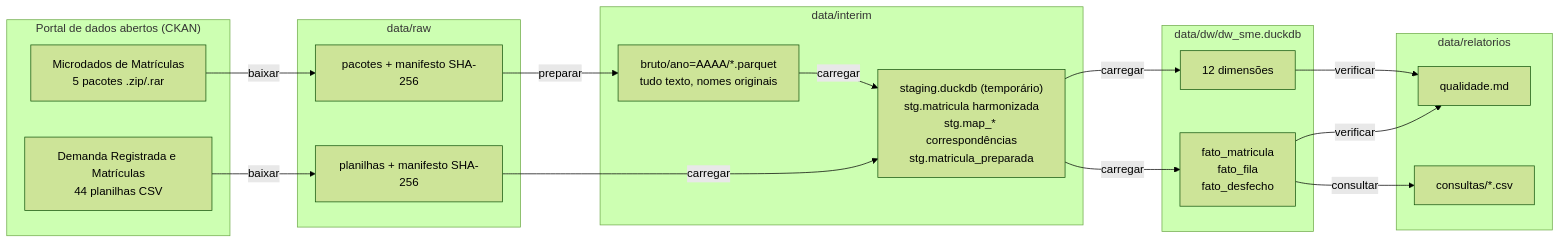
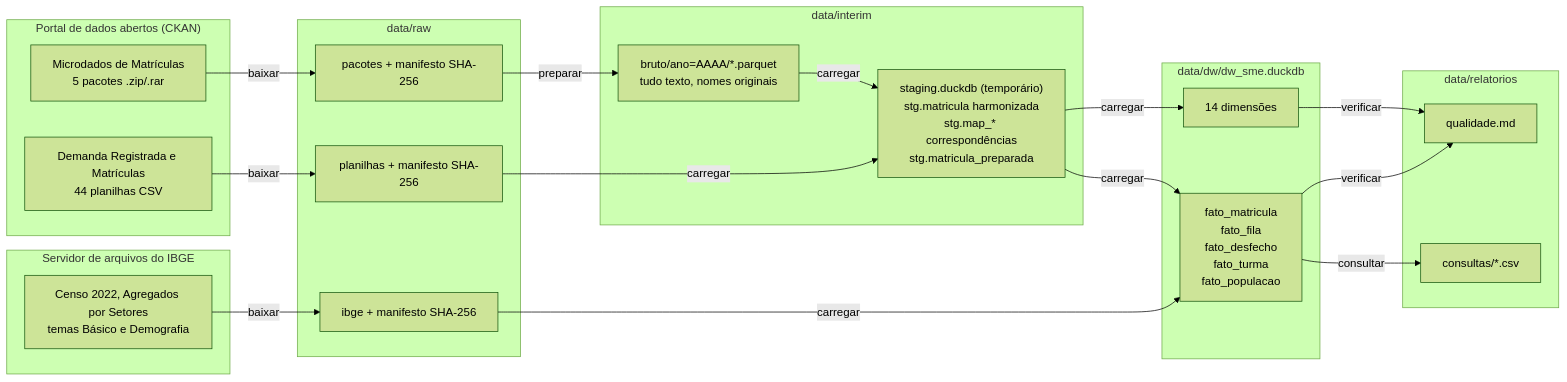
One commit to kevennlaranjeira/OLAP2026 changed the diagram in docs/02-fluxo-de-dados.md. Above: the diagram before and after it, drawn with Mermaid (forest theme). The commit also changed other lines of this file and 16 other files, not shown here.

````diff
--- a/docs/02-fluxo-de-dados.md
+++ b/docs/02-fluxo-de-dados.md
@@ -3,33 +3,39 @@
 ```mermaid
 flowchart LR
     subgraph Portal["Portal de dados abertos (CKAN)"]
         P1["Microdados de Matrículas<br/>5 pacotes .zip/.rar"]
         P2["Demanda Registrada e Matrículas<br/>44 planilhas CSV"]
     end
+    subgraph IBGE["Servidor de arquivos do IBGE"]
+        P3["Censo 2022, Agregados por Setores<br/>temas Básico e Demografia"]
+    end
     subgraph Raw["data/raw"]
         R1["pacotes + manifesto SHA-256"]
         R2["planilhas + manifesto SHA-256"]
+        R3["ibge + manifesto SHA-256"]
     end
     subgraph Interim["data/interim"]
         B["bruto/ano=AAAA/*.parquet<br/>tudo texto, nomes originais"]
         S["staging.duckdb (temporário)<br/>stg.matricula harmonizada<br/>stg.map_* correspondências<br/>stg.matricula_preparada"]
     end
     subgraph DW["data/dw/dw_sme.duckdb"]
-        D["12 dimensões"]
-        F["fato_matricula<br/>fato_fila<br/>fato_desfecho"]
+        D["14 dimensões"]
+        F["fato_matricula<br/>fato_fila<br/>fato_desfecho<br/>fato_turma<br/>fato_populacao"]
     end
     subgraph Rel["data/relatorios"]
         Q["qualidade.md"]
         C["consultas/*.csv"]
     end
     P1 -- baixar --> R1
     P2 -- baixar --> R2
+    P3 -- baixar --> R3
+    R3 -- carregar --> F
     R1 -- preparar --> B
     B -- carregar --> S
     R2 -- carregar --> S
     S -- carregar --> D
     S -- carregar --> F
     D -- verificar --> Q
     F -- verificar --> Q
     F -- consultar --> C
 ```
````
